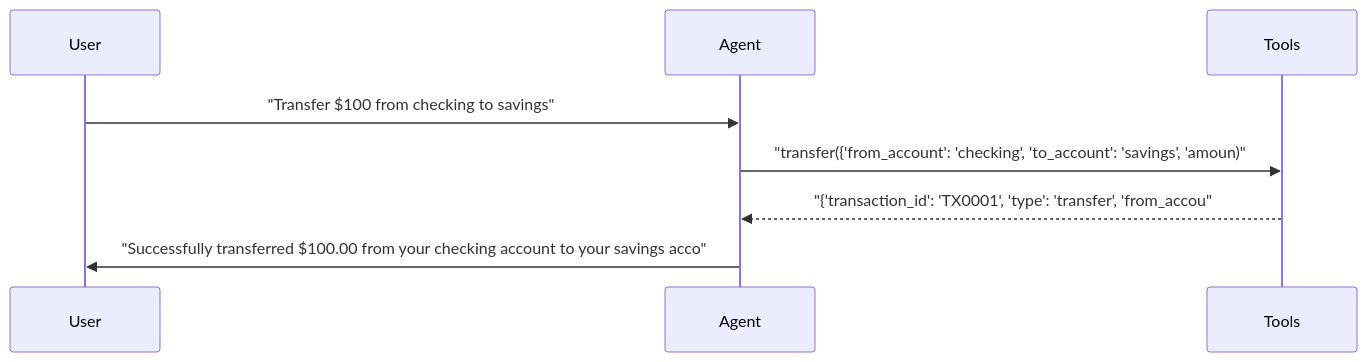
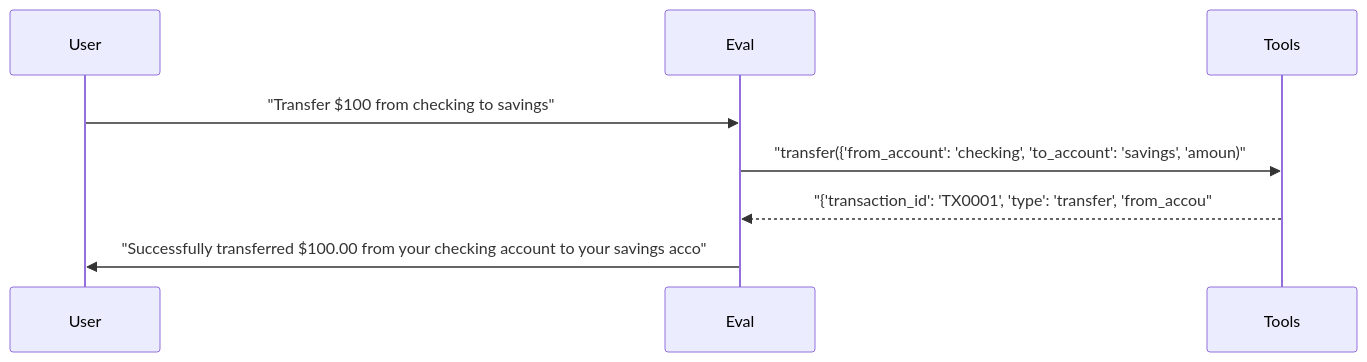
The fourth of 6 diagrams in docs/reports/03_multi_agent_sessions.md (sbroenne/pytest-skill-engineering), drawn with Mermaid before and after one commit. The commit also changed other lines of this file and 155 other files, not shown here.

````diff
--- a/docs/reports/03_multi_agent_sessions.md
+++ b/docs/reports/03_multi_agent_sessions.md
@@ -262,11 +262,11 @@
 ```mermaid
 sequenceDiagram
     participant User
-    participant Agent
+    participant Eval
     participant Tools
 
-    User->>Agent: "Transfer $100 from checking to savings"
-    Agent->>Tools: "transfer({'from_account': 'checking', 'to_account': 'savings', 'amoun)"
-    Tools-->>Agent: "{'transaction_id': 'TX0001', 'type': 'transfer', 'from_accou"
-    Agent->>User: "Successfully transferred $100.00 from your checking account to your savings acco"
+    User->>Eval: "Transfer $100 from checking to savings"
+    Eval->>Tools: "transfer({'from_account': 'checking', 'to_account': 'savings', 'amoun)"
+    Tools-->>Eval: "{'transaction_id': 'TX0001', 'type': 'transfer', 'from_accou"
+    Eval->>User: "Successfully transferred $100.00 from your checking account to your savings acco"
 ```
````
